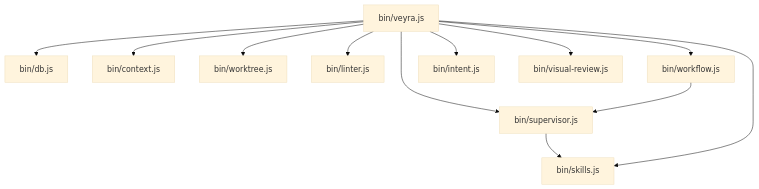
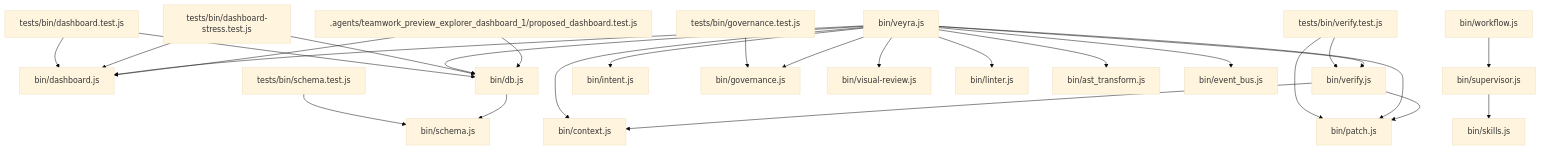
One commit to VINYASGM/antiskills changed the diagram in context/dependency-graph.md. Above: the diagram before and after it, drawn with Mermaid (base theme). The commit also changed other lines of this file and 17 other files, not shown here.

````diff
--- a/context/dependency-graph.md
+++ b/context/dependency-graph.md
@@ -6,14 +6,29 @@
 ```mermaid
 graph TD
+    _agents_teamwork_preview_explorer_dashboard_1_proposed_dashboard_test_js[".agents/teamwork_preview_explorer_dashboard_1/proposed_dashboard.test.js"] --> bin_dashboard_js["bin/dashboard.js"]
+    _agents_teamwork_preview_explorer_dashboard_1_proposed_dashboard_test_js[".agents/teamwork_preview_explorer_dashboard_1/proposed_dashboard.test.js"] --> bin_db_js["bin/db.js"]
+    bin_db_js["bin/db.js"] --> bin_schema_js["bin/schema.js"]
     bin_supervisor_js["bin/supervisor.js"] --> bin_skills_js["bin/skills.js"]
+    bin_verify_js["bin/verify.js"] --> bin_patch_js["bin/patch.js"]
+    bin_verify_js["bin/verify.js"] --> bin_context_js["bin/context.js"]
     bin_veyra_js["bin/veyra.js"] --> bin_db_js["bin/db.js"]
     bin_veyra_js["bin/veyra.js"] --> bin_context_js["bin/context.js"]
-    bin_veyra_js["bin/veyra.js"] --> bin_worktree_js["bin/worktree.js"]
+    bin_veyra_js["bin/veyra.js"] --> bin_intent_js["bin/intent.js"]
+    bin_veyra_js["bin/veyra.js"] --> bin_patch_js["bin/patch.js"]
+    bin_veyra_js["bin/veyra.js"] --> bin_verify_js["bin/verify.js"]
+    bin_veyra_js["bin/veyra.js"] --> bin_governance_js["bin/governance.js"]
+    bin_veyra_js["bin/veyra.js"] --> bin_dashboard_js["bin/dashboard.js"]
+    bin_veyra_js["bin/veyra.js"] --> bin_visual_review_js["bin/visual-review.js"]
     bin_veyra_js["bin/veyra.js"] --> bin_linter_js["bin/linter.js"]
-    bin_veyra_js["bin/veyra.js"] --> bin_supervisor_js["bin/supervisor.js"]
-    bin_veyra_js["bin/veyra.js"] --> bin_skills_js["bin/skills.js"]
-    bin_veyra_js["bin/veyra.js"] --> bin_workflow_js["bin/workflow.js"]
-    bin_veyra_js["bin/veyra.js"] --> bin_intent_js["bin/intent.js"]
-    bin_veyra_js["bin/veyra.js"] --> bin_visual_review_js["bin/visual-review.js"]
+    bin_veyra_js["bin/veyra.js"] --> bin_ast_transform_js["bin/ast_transform.js"]
+    bin_veyra_js["bin/veyra.js"] --> bin_event_bus_js["bin/event_bus.js"]
     bin_workflow_js["bin/workflow.js"] --> bin_supervisor_js["bin/supervisor.js"]
+    tests_bin_dashboard_stress_test_js["tests/bin/dashboard-stress.test.js"] --> bin_dashboard_js["bin/dashboard.js"]
+    tests_bin_dashboard_stress_test_js["tests/bin/dashboard-stress.test.js"] --> bin_db_js["bin/db.js"]
+    tests_bin_dashboard_test_js["tests/bin/dashboard.test.js"] --> bin_dashboard_js["bin/dashboard.js"]
+    tests_bin_dashboard_test_js["tests/bin/dashboard.test.js"] --> bin_db_js["bin/db.js"]
+    tests_bin_governance_test_js["tests/bin/governance.test.js"] --> bin_governance_js["bin/governance.js"]
+    tests_bin_schema_test_js["tests/bin/schema.test.js"] --> bin_schema_js["bin/schema.js"]
+    tests_bin_verify_test_js["tests/bin/verify.test.js"] --> bin_verify_js["bin/verify.js"]
+    tests_bin_verify_test_js["tests/bin/verify.test.js"] --> bin_patch_js["bin/patch.js"]
 ```
````
